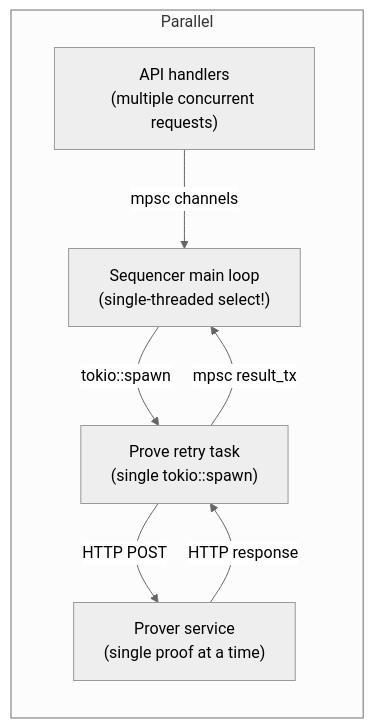
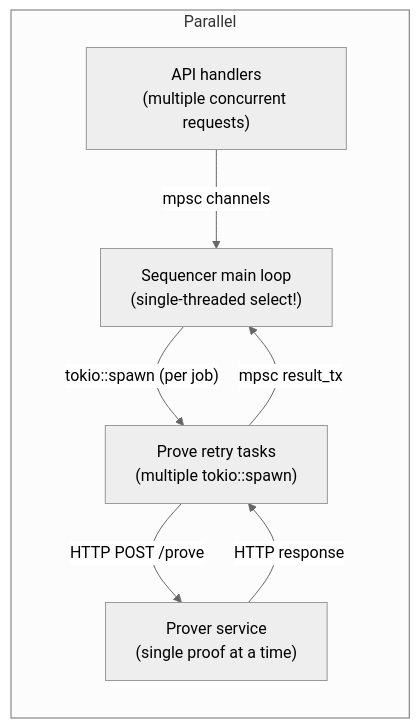
Before and after one commit to phantomzone-org/Doxa: the third of 3 diagrams in docs/architecture/10-concurrency-model.md, drawn with Mermaid (neutral theme). The commit also changed other lines of this file and 24 other files, not shown here.

````diff
--- a/docs/architecture/10-concurrency-model.md
+++ b/docs/architecture/10-concurrency-model.md
@@ -126,15 +147,15 @@
 ```mermaid
 graph LR
     subgraph "Parallel"
         A["API handlers<br/>(multiple concurrent requests)"]
         B["Sequencer main loop<br/>(single-threaded select!)"]
-        C["Prove retry task<br/>(single tokio::spawn)"]
+        C["Prove retry tasks<br/>(multiple tokio::spawn)"]
         D["Prover service<br/>(single proof at a time)"]
     end
 
     A -->|"mpsc channels"| B
-    B -->|"tokio::spawn"| C
-    C -->|"HTTP POST"| D
+    B -->|"tokio::spawn (per job)"| C
+    C -->|"HTTP POST /prove"| D
     D -->|"HTTP response"| C
     C -->|"mpsc result_tx"| B
 ```
````
